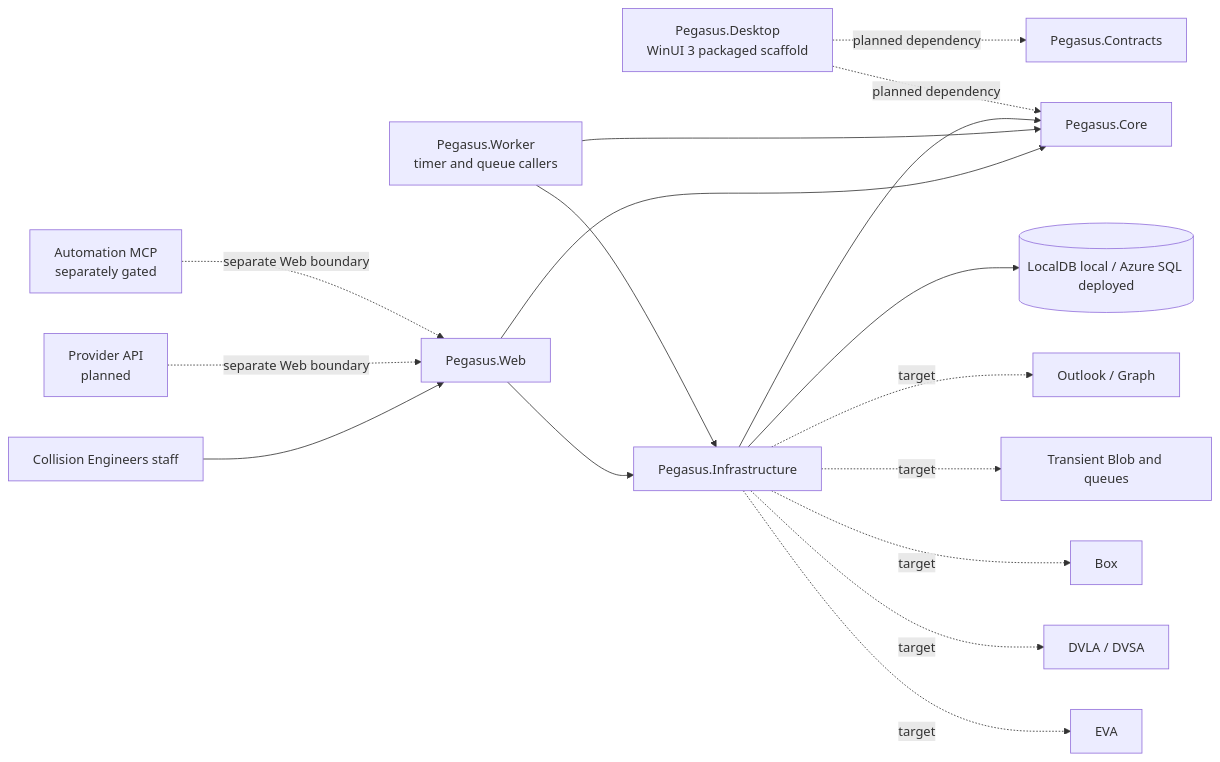
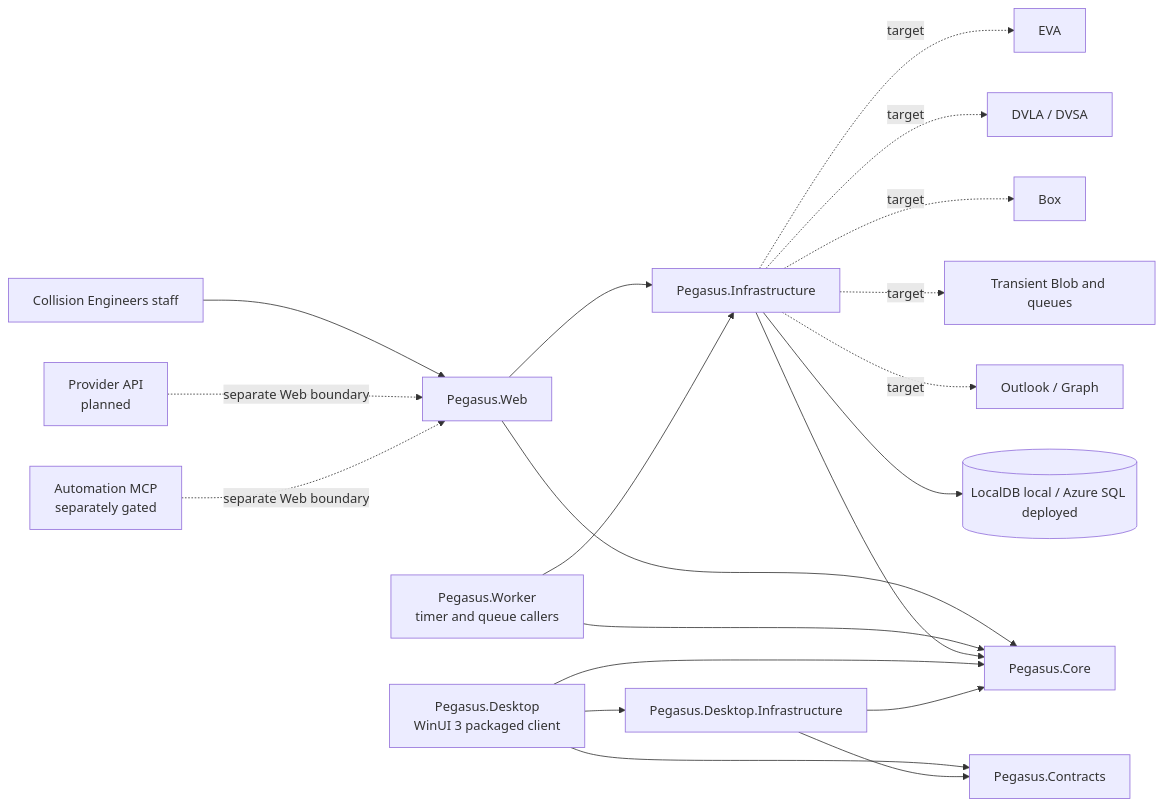
One commit to merceralex397-collab/pegasusDesktop changed the diagram in docs/current-architecture.md. Above: the diagram before and after it, drawn with Mermaid. The commit also changed other lines of this file and 17 other files, not shown here.

Commit message:
feat(desktop): add infrastructure boundary

````diff
--- a/docs/current-architecture.md
+++ b/docs/current-architecture.md
@@ -31,21 +31,24 @@
 ```mermaid
 flowchart LR
     Staff[Collision Engineers staff] --> Web[Pegasus.Web]
     Provider[Provider API\nplanned] -. separate Web boundary .-> Web
     MCP[Automation MCP\nseparately gated] -. separate Web boundary .-> Web
 
     Web --> Core[Pegasus.Core]
     Worker[Pegasus.Worker\ntimer and queue callers] --> Core
     Web --> Infra[Pegasus.Infrastructure]
     Worker --> Infra
     Infra --> Core
-    Desktop[Pegasus.Desktop\nWinUI 3 packaged scaffold] -. planned dependency .-> Core
-    Desktop -. planned dependency .-> Contracts[Pegasus.Contracts]
+    Desktop[Pegasus.Desktop\nWinUI 3 packaged client] --> DesktopInfra[Pegasus.Desktop.Infrastructure]
+    Desktop --> Core
+    Desktop --> Contracts[Pegasus.Contracts]
+    DesktopInfra --> Core
+    DesktopInfra --> Contracts
 
     Infra --> SQL[(LocalDB local / Azure SQL deployed)]
     Infra -. target .-> Outlook[Outlook / Graph]
     Infra -. target .-> Blob[Transient Blob and queues]
     Infra -. target .-> Box[Box]
     Infra -. target .-> DVLA[DVLA / DVSA]
     Infra -. target .-> EVA[EVA]
 ```
````
